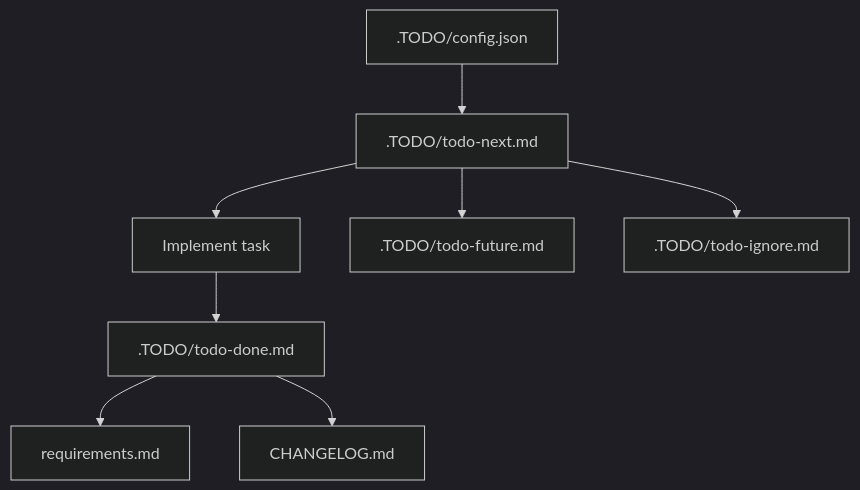
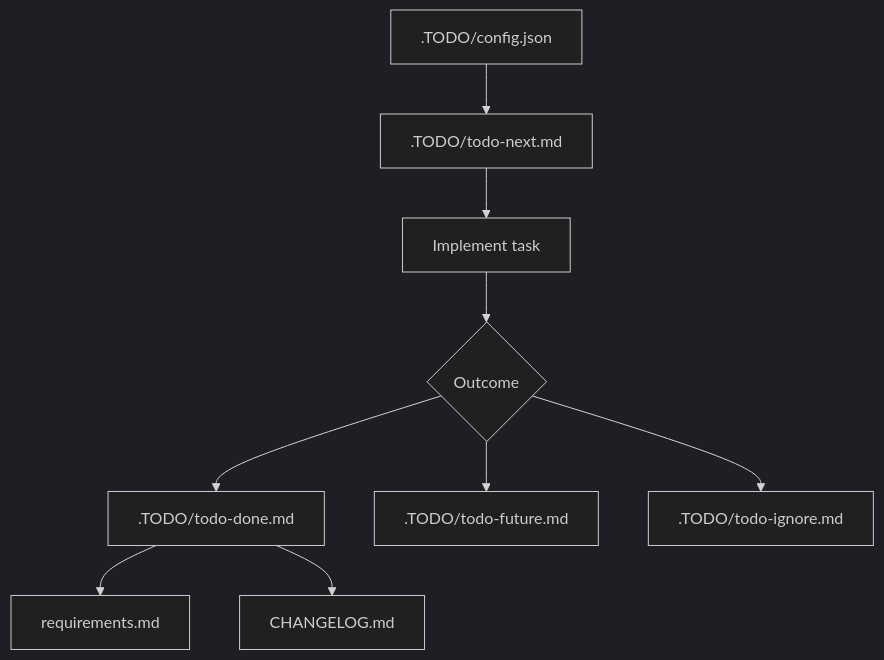
Before and after one commit to Nexthood/useclevr-production-2026: the diagram in docs/Developer_Guides/TODO_MANAGEMENT.md, drawn with Mermaid (dark theme). The commit also changed 13 other files, not shown here.

````diff
--- a/docs/Developer_Guides/TODO_MANAGEMENT.md
+++ b/docs/Developer_Guides/TODO_MANAGEMENT.md
@@ -8,10 +8,11 @@
 ```mermaid
 flowchart TD
   Config[.TODO/config.json] --> Next[.TODO/todo-next.md]
   Next --> Work[Implement task]
-  Work --> Done[.TODO/todo-done.md]
-  Next --> Future[.TODO/todo-future.md]
-  Next --> Ignore[.TODO/todo-ignore.md]
+  Work --> Decision{Outcome}
+  Decision --> Done[.TODO/todo-done.md]
+  Decision --> Future[.TODO/todo-future.md]
+  Decision --> Ignore[.TODO/todo-ignore.md]
   Done --> Requirements[requirements.md]
   Done --> Changelog[CHANGELOG.md]
 ```
````
